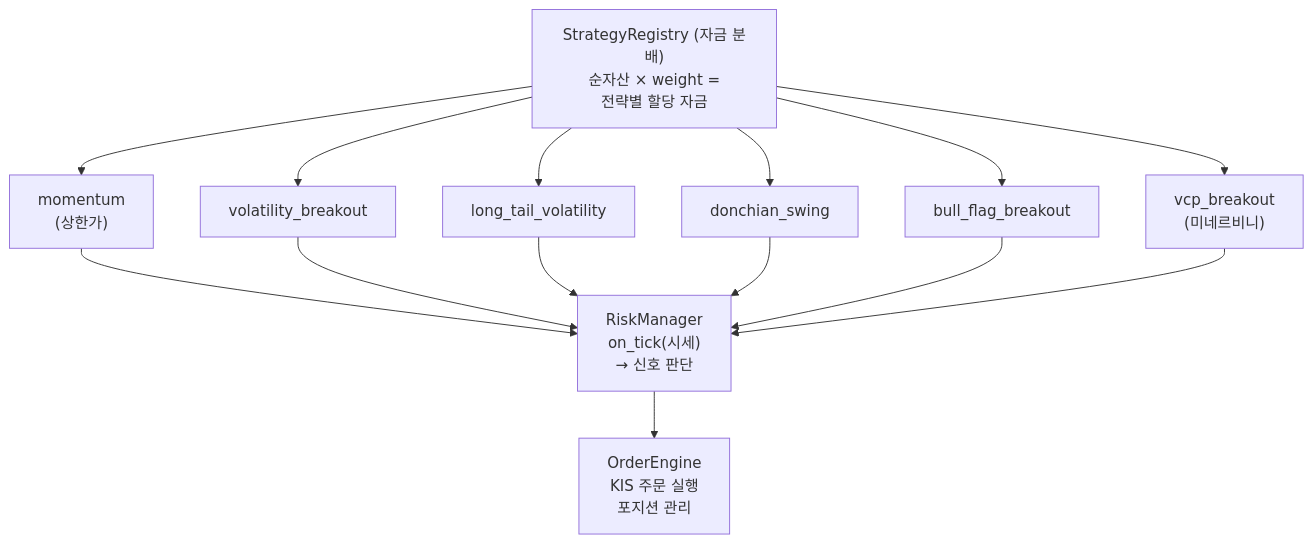
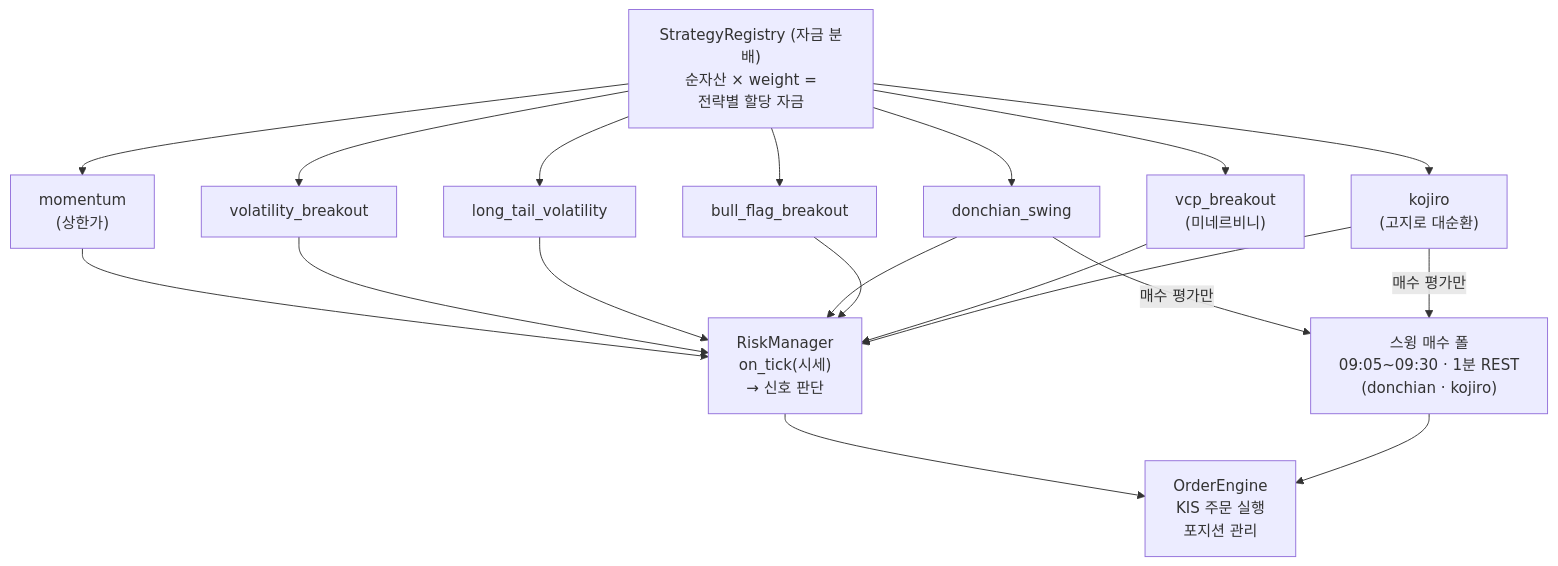
One commit to canduk910/auto_stock changed the second of 7 diagrams in README.md. Above: the diagram before and after it, drawn with Mermaid. The commit also changed other lines of this file and 4 other files, not shown here.

First line of the commit message:
docs: architecture.md 를 7전략 전체로 확대(§4 엔진 그림·멤버 표, §8 매수 신호 흐름 8.3~8.7) + Mermaid 때 찾은 불일치 정리(컨테이너 3개·배포 모드·README kojiro·깨진 앵커) + param_drift.py 모듈 맵 + cycle363 행 정정 부기

````diff
--- a/README.md
+++ b/README.md
@@ -299,15 +302,19 @@
 ```mermaid
 flowchart TD
     REG["StrategyRegistry (자금 분배)<br/>순자산 × weight =<br/>전략별 할당 자금"]
     M["momentum<br/>(상한가)"]
     VB["volatility_breakout"]
     LTV["long_tail_volatility"]
     DC["donchian_swing"]
     BFB["bull_flag_breakout"]
     VCP["vcp_breakout<br/>(미네르비니)"]
+    KJ["kojiro<br/>(고지로 대순환)"]
     RISK["RiskManager<br/>on_tick(시세)<br/>→ 신호 판단"]
+    POLL["스윙 매수 폴<br/>09:05~09:30 · 1분 REST<br/>(donchian · kojiro)"]
     ORD["OrderEngine<br/>KIS 주문 실행<br/>포지션 관리"]
-    REG --> M & VB & LTV & DC & BFB & VCP
-    M & VB & LTV & DC & BFB & VCP --> RISK
+    REG --> M & VB & LTV & DC & BFB & VCP & KJ
+    M & VB & LTV & DC & BFB & VCP & KJ --> RISK
+    DC & KJ -->|"매수 평가만"| POLL
     RISK --> ORD
+    POLL --> ORD
 ```
````
